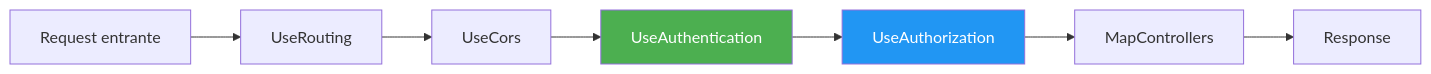
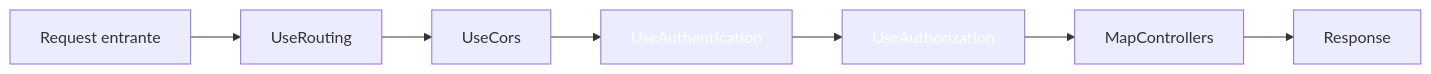
One commit to joseluisgs/DesarrolloWebEntornosServidor-02-2026-2027 changed the tenth of 15 diagrams in 16-autenticacion.md. Above: the diagram before and after it, drawn with Mermaid. The commit also changed other lines of this file and 41 other files, not shown here.

````diff
--- a/16-autenticacion.md
+++ b/16-autenticacion.md
@@ -985,12 +985,12 @@
 ```mermaid
 flowchart LR
     REQ[Request entrante] --> A1[UseRouting]
     A1 --> A2[UseCors]
     A2 --> A3[UseAuthentication]
     A3 --> A4[UseAuthorization]
     A4 --> A5[MapControllers]
     A5 --> RESP[Response]
 
-    style A3 fill:#4CAF50,color:#fff
-    style A4 fill:#2196F3,color:#fff
+    style A3 fill:#4CAF5,color:#fff0,color:#fff
+    style A4 fill:#2196F,color:#fff3,color:#fff
 ```
````
